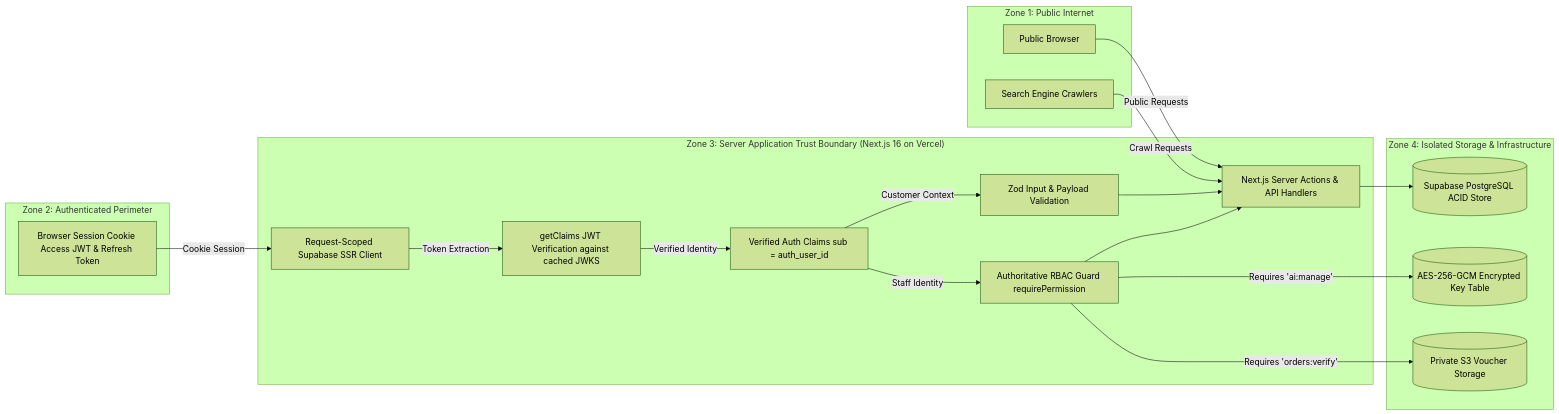
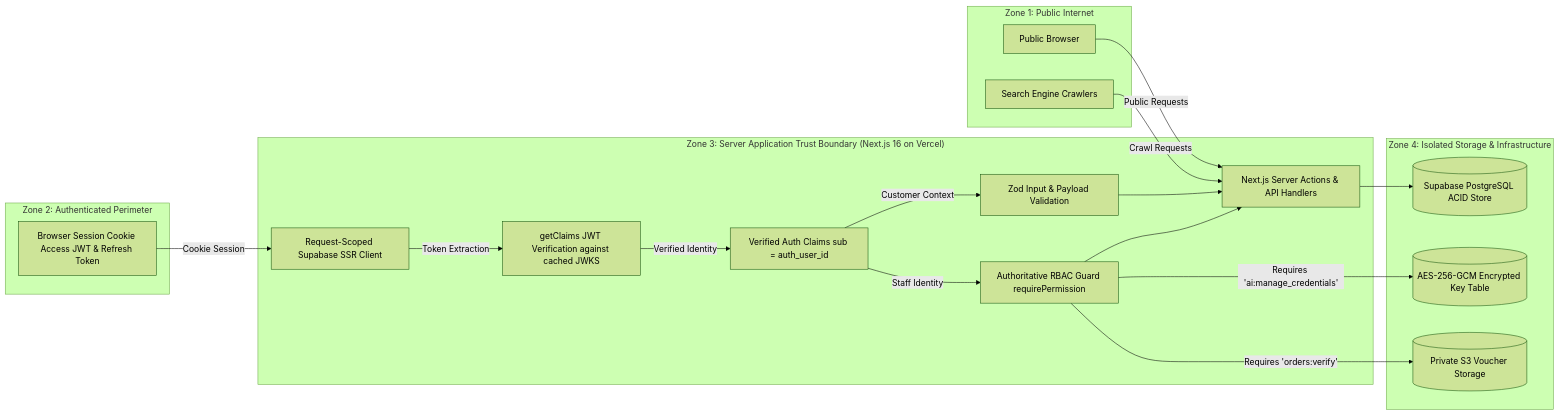
Before and after one commit to SaeBryxn/GamerPeru-Vercel: the second of 2 diagrams in docs/architecture/TECHNOLOGY_ARCHITECTURE.md, drawn with Mermaid (forest theme). The commit also changed 8 other files, not shown here.

````diff
--- a/docs/architecture/TECHNOLOGY_ARCHITECTURE.md
+++ b/docs/architecture/TECHNOLOGY_ARCHITECTURE.md
@@ -138,40 +138,40 @@
 ```mermaid
 graph LR
     subgraph "Zone 1: Public Internet"
         Browser[Public Browser]
         Bot[Search Engine Crawlers]
     end
 
     subgraph "Zone 2: Authenticated Perimeter"
         BrowserSession[Browser Session Cookie Access JWT & Refresh Token]
     end
 
     subgraph "Zone 3: Server Application Trust Boundary (Next.js 16 on Vercel)"
         SSRClient[Request-Scoped Supabase SSR Client]
         JWTVerify[getClaims JWT Verification against cached JWKS]
         AuthClaims[Verified Auth Claims sub = auth_user_id]
         AppServer[Next.js Server Actions & API Handlers]
         ZodValidator[Zod Input & Payload Validation]
         RBACGuard[Authoritative RBAC Guard requirePermission]
     end
 
     subgraph "Zone 4: Isolated Storage & Infrastructure"
         SupabaseDB[(Supabase PostgreSQL ACID Store)]
         Vault[(AES-256-GCM Encrypted Key Table)]
         PrivateProofs[(Private S3 Voucher Storage)]
     end
 
     Browser -->|Public Requests| AppServer
     Bot -->|Crawl Requests| AppServer
     BrowserSession -->|Cookie Session| SSRClient
     SSRClient -->|Token Extraction| JWTVerify
     JWTVerify -->|Verified Identity| AuthClaims
     AuthClaims -->|Customer Context| ZodValidator
     AuthClaims -->|Staff Identity| RBACGuard
 
     RBACGuard -->|Requires 'orders:verify'| PrivateProofs
-    RBACGuard -->|Requires 'ai:manage'| Vault
+    RBACGuard -->|Requires 'ai:manage_credentials'| Vault
     ZodValidator --> AppServer
     RBACGuard --> AppServer
     AppServer --> SupabaseDB
 ```
````
